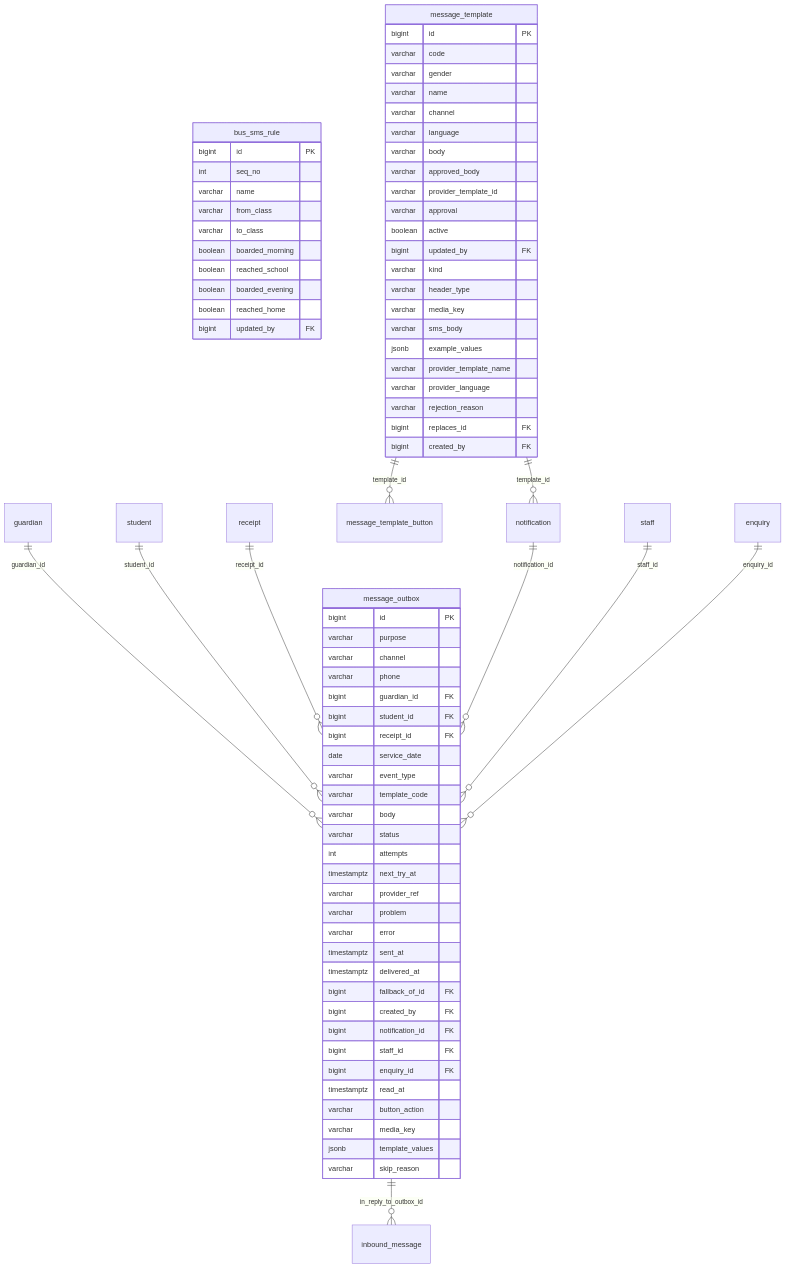
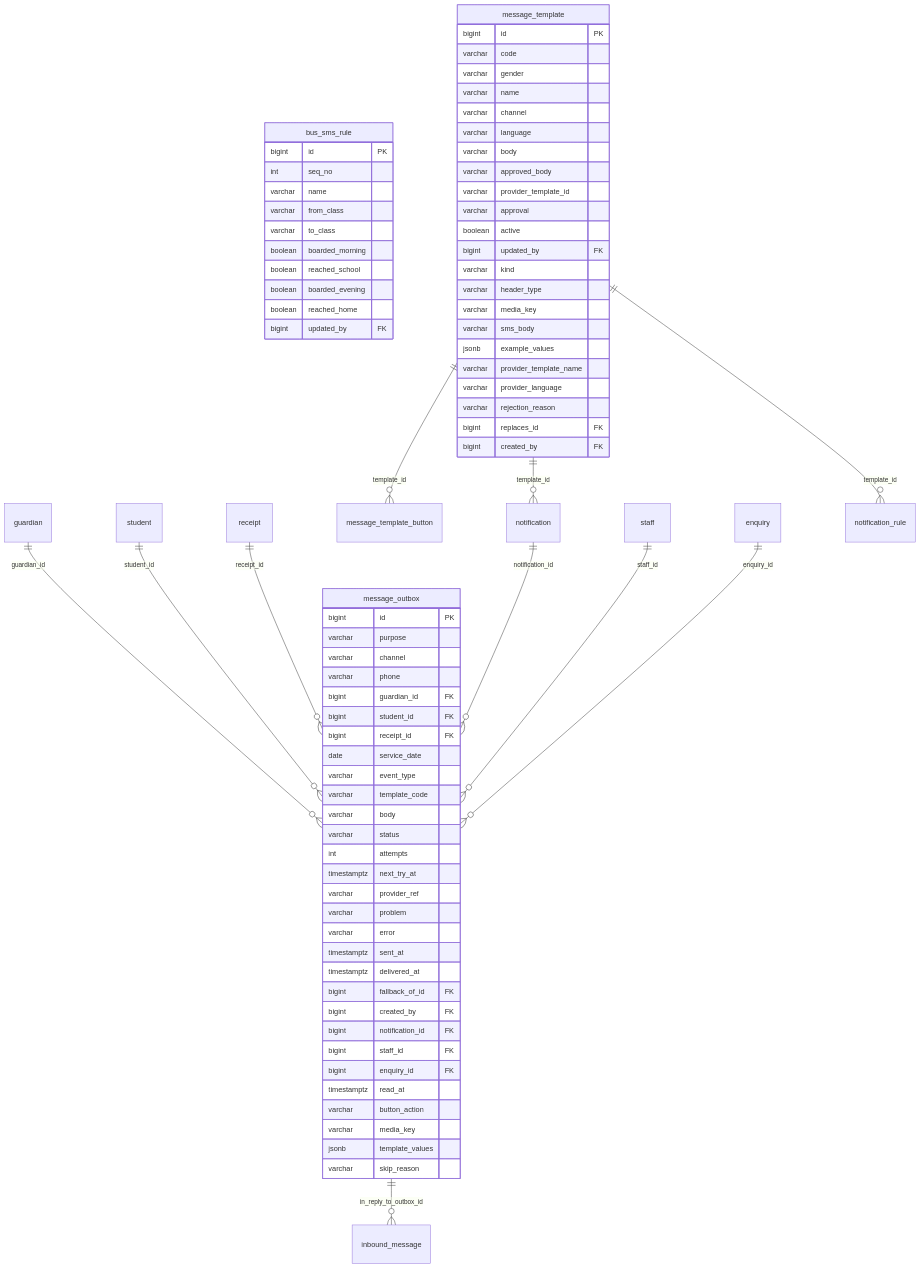
One commit to MUH-Education/school-platform changed the diagram in docs/diagrams/messages.mmd. Above: the diagram before and after it, drawn with Mermaid. The commit also changed 70 other files, not shown here.

Commit message:
add notification template part

```diff
--- a/docs/diagrams/messages.mmd
+++ b/docs/diagrams/messages.mmd
@@ -1,77 +1,78 @@
 erDiagram
     bus_sms_rule {
         bigint id PK
         int seq_no
         varchar name
         varchar from_class
         varchar to_class
         boolean boarded_morning
         boolean reached_school
         boolean boarded_evening
         boolean reached_home
         bigint updated_by FK
     }
     message_template {
         bigint id PK
         varchar code
         varchar gender
         varchar name
         varchar channel
         varchar language
         varchar body
         varchar approved_body
         varchar provider_template_id
         varchar approval
         boolean active
         bigint updated_by FK
         varchar kind
         varchar header_type
         varchar media_key
         varchar sms_body
         jsonb example_values
         varchar provider_template_name
         varchar provider_language
         varchar rejection_reason
         bigint replaces_id FK
         bigint created_by FK
     }
     message_outbox {
         bigint id PK
         varchar purpose
         varchar channel
         varchar phone
         bigint guardian_id FK
         bigint student_id FK
         bigint receipt_id FK
         date service_date
         varchar event_type
         varchar template_code
         varchar body
         varchar status
         int attempts
         timestamptz next_try_at
         varchar provider_ref
         varchar problem
         varchar error
         timestamptz sent_at
         timestamptz delivered_at
         bigint fallback_of_id FK
         bigint created_by FK
         bigint notification_id FK
         bigint staff_id FK
         bigint enquiry_id FK
         timestamptz read_at
         varchar button_action
         varchar media_key
         jsonb template_values
         varchar skip_reason
     }
     guardian ||--o{ message_outbox : guardian_id
     student ||--o{ message_outbox : student_id
     receipt ||--o{ message_outbox : receipt_id
     message_outbox ||--o{ inbound_message : in_reply_to_outbox_id
     message_template ||--o{ message_template_button : template_id
     message_template ||--o{ notification : template_id
     notification ||--o{ message_outbox : notification_id
     staff ||--o{ message_outbox : staff_id
     enquiry ||--o{ message_outbox : enquiry_id
+    message_template ||--o{ notification_rule : template_id
```
